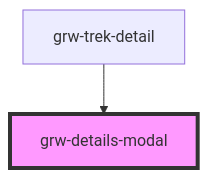
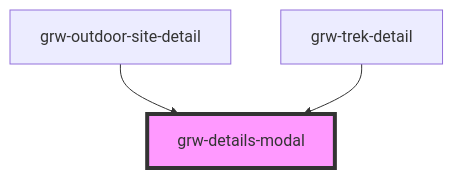
The diagram in src/components/grw-details-modal/readme.md (GeotrekCE/Geotrek-rando-widget), drawn with Mermaid before and after one commit. The commit also changed other lines of this file and 10 other files, not shown here.

Commit message:
fix: handle modal details with outdoor site

````diff
--- a/src/components/grw-details-modal/readme.md
+++ b/src/components/grw-details-modal/readme.md
@@ -45,5 +46,6 @@
 ```mermaid
 graph TD;
+  grw-outdoor-site-detail --> grw-details-modal
   grw-trek-detail --> grw-details-modal
   style grw-details-modal fill:#f9f,stroke:#333,stroke-width:4px
 ```
````
